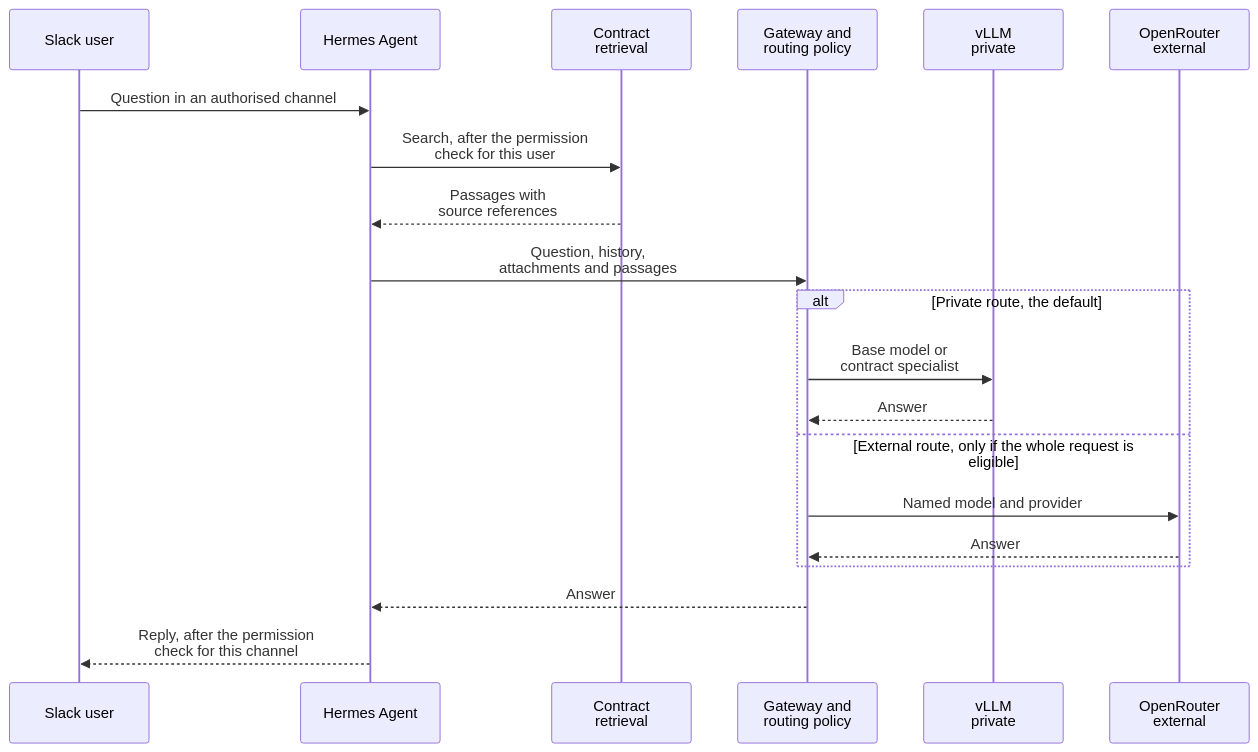
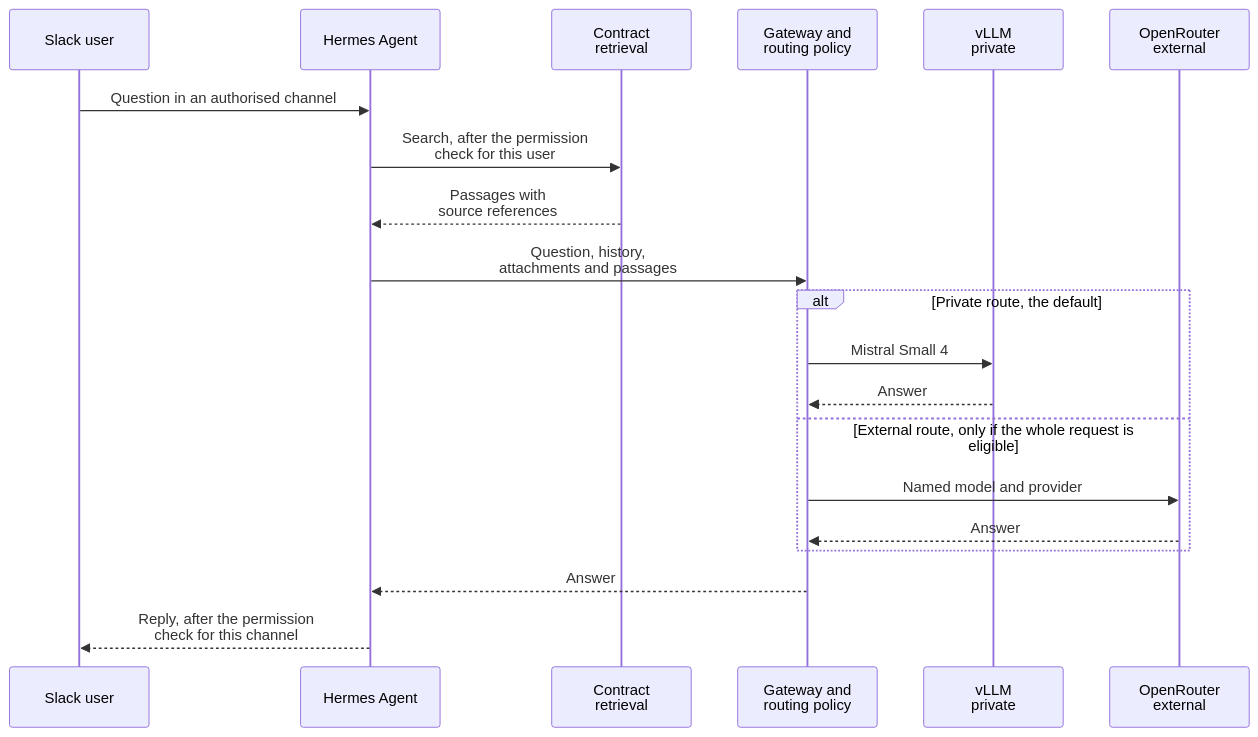
Before and after one commit to bendob27/contract-assistant: the second of 2 diagrams in docs/architecture.md, drawn with Mermaid. The commit also changed other lines of this file and 4 other files, not shown here.

First line of the commit message:
Document the switch to quantised Mistral Small 4

````diff
--- a/docs/architecture.md
+++ b/docs/architecture.md
@@ -74,23 +72,23 @@
 ```mermaid
 sequenceDiagram
     participant U as Slack user
     participant H as Hermes Agent
     participant R as Contract<br/>retrieval
     participant G as Gateway and<br/>routing policy
     participant V as vLLM<br/>private
     participant O as OpenRouter<br/>external
 
     U->>H: Question in an authorised channel
     H->>R: Search, after the permission<br/>check for this user
     R-->>H: Passages with<br/>source references
     H->>G: Question, history,<br/>attachments and passages
     alt Private route, the default
-        G->>V: Base model or<br/>contract specialist
+        G->>V: Mistral Small 4
         V-->>G: Answer
     else External route, only if the whole request is eligible
         G->>O: Named model and provider
         O-->>G: Answer
     end
     G-->>H: Answer
     H-->>U: Reply, after the permission<br/>check for this channel
 ```
````
